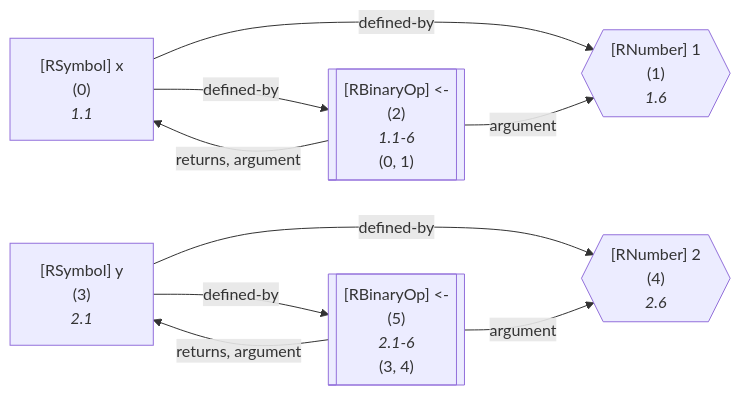
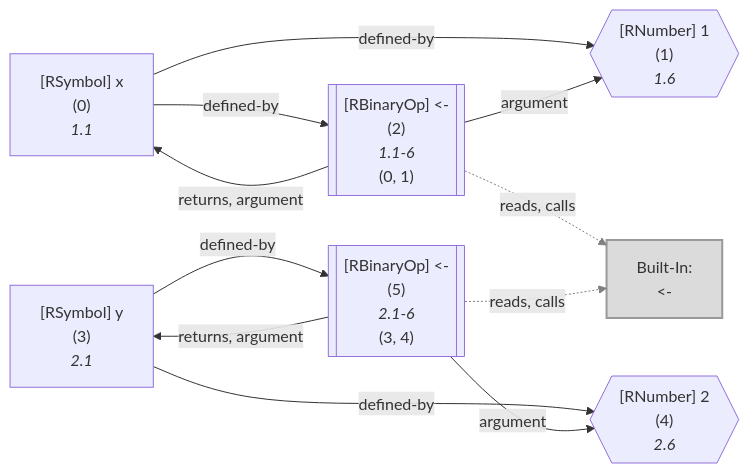
Before and after one commit to flowr-analysis/flowr: the seventh of 13 diagrams in wiki/Query API.md, drawn with Mermaid. The commit also changed other lines of this file and 339 other files, not shown here.

````diff
--- a/wiki/Query API.md
+++ b/wiki/Query API.md
@@ -2013,31 +3222,38 @@
 ```mermaid
 flowchart LR
     1{{"`#91;RNumber#93; 1
       (1)
       *1.6*`"}}
     0["`#91;RSymbol#93; x
       (0)
       *1.1*`"]
     2[["`#91;RBinaryOp#93; #60;#45;
       (2)
       *1.1-6*
     (0, 1)`"]]
+    built-in:_-["`Built-In:
+#60;#45;`"]
+    style built-in:_- stroke:gray,fill:lightgray,stroke-width:2px,opacity:.8;
     4{{"`#91;RNumber#93; 2
       (4)
       *2.6*`"}}
     3["`#91;RSymbol#93; y
       (3)
       *2.1*`"]
     5[["`#91;RBinaryOp#93; #60;#45;
       (5)
       *2.1-6*
     (3, 4)`"]]
     0 -->|"defined-by"| 1
     0 -->|"defined-by"| 2
     2 -->|"argument"| 1
     2 -->|"returns, argument"| 0
+    2 -.->|"reads, calls"| built-in:_-
+    linkStyle 4 stroke:gray;
     3 -->|"defined-by"| 4
     3 -->|"defined-by"| 5
     5 -->|"argument"| 4
     5 -->|"returns, argument"| 3
+    5 -.->|"reads, calls"| built-in:_-
+    linkStyle 9 stroke:gray;
 ```
````
